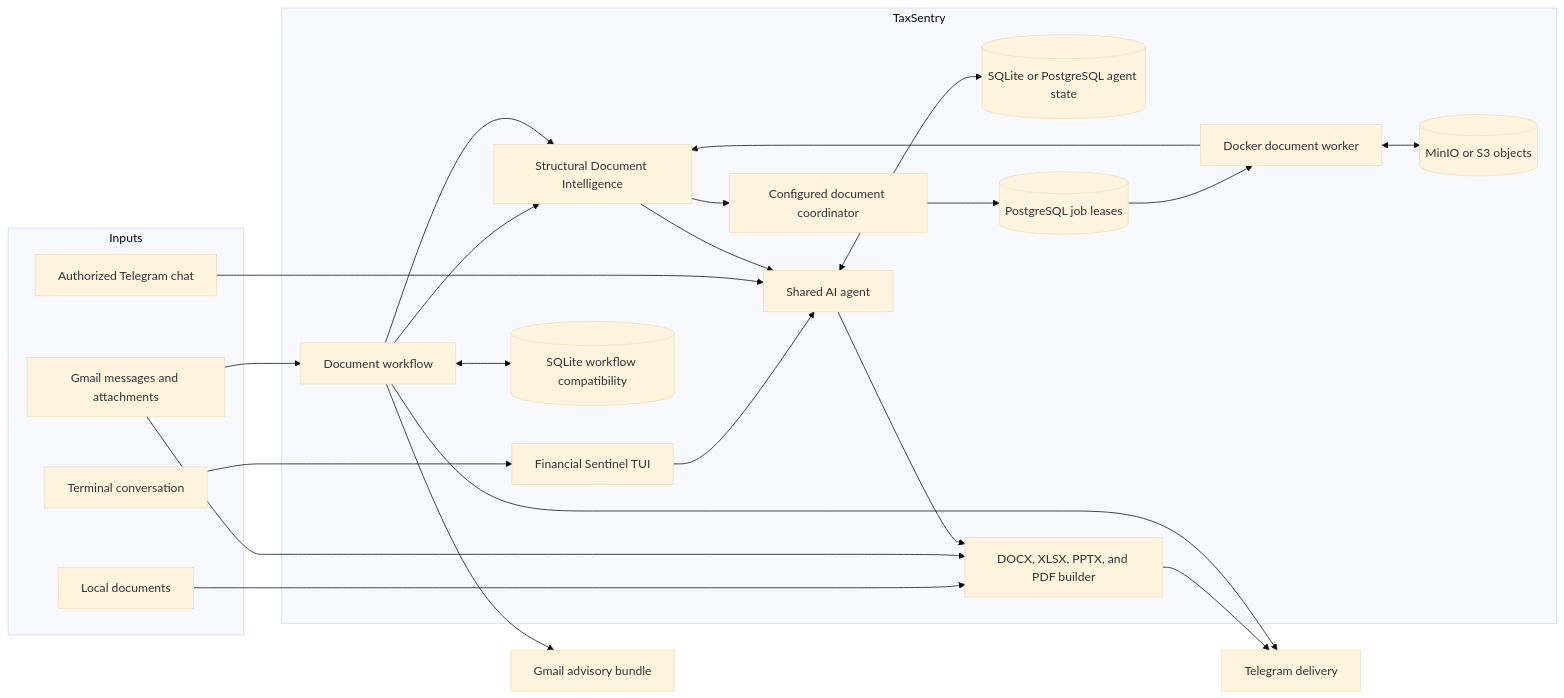
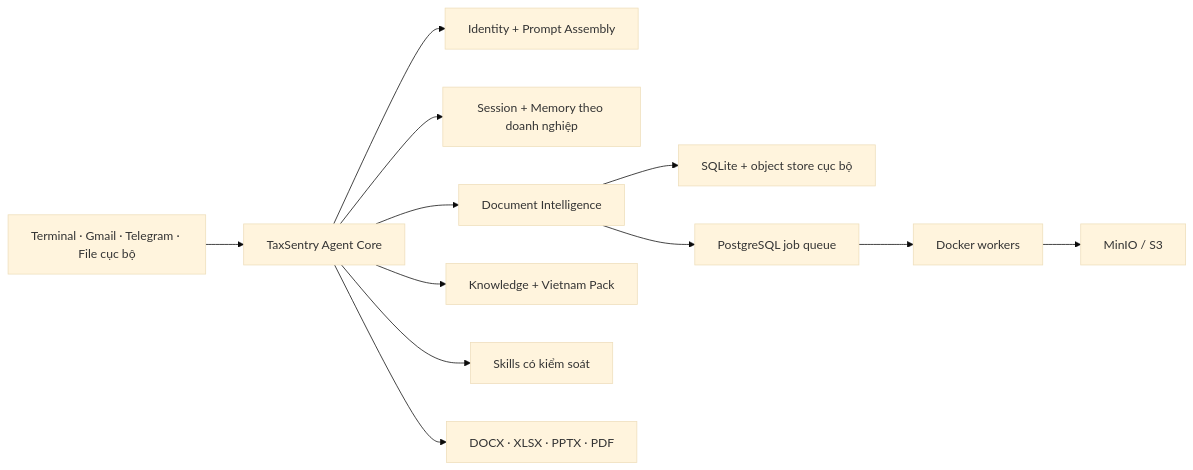
The first of 2 diagrams in npm/README.md (thienan230427/TaxSentry), drawn with Mermaid (base theme) before and after one commit. The commit also changed other lines of this file and 1 other file, not shown here.

Commit message:
docs: rewrite TaxSentry 3 usage guide

````diff
--- a/npm/README.md
+++ b/npm/README.md
@@ -31,39 +38,14 @@
 ```mermaid
 flowchart LR
-    subgraph Inputs
-        Terminal["Terminal conversation"]
-        Gmail["Gmail messages and attachments"]
-        Files["Local documents"]
-        TelegramIn["Authorized Telegram chat"]
-    end
-
-    subgraph TaxSentry
-        TUI["Financial Sentinel TUI"]
-        Agent["Shared AI agent"]
-        Workflow["Document workflow"]
-        Extract["Structural Document Intelligence"]
-        Store[("SQLite workflow compatibility")]
-        AgentStore[("SQLite or PostgreSQL agent state")]
-        Coordinator["Configured document coordinator"]
-        Queue[("PostgreSQL job leases")]
-        DistributedWorker["Docker document worker"]
-        Objects[("MinIO or S3 objects")]
-        Artifacts["DOCX, XLSX, PPTX, and PDF builder"]
-    end
-
-    Terminal --> TUI --> Agent
-    TelegramIn --> Agent
-    Agent <--> AgentStore
-    Gmail --> Workflow --> Extract --> Agent
-    Files --> Artifacts
-    Gmail --> Artifacts
-    Agent --> Artifacts
-    Workflow <--> Store
-    Workflow --> Extract
-    Extract --> Coordinator --> Queue --> DistributedWorker
-    DistributedWorker --> Extract
-    DistributedWorker <--> Objects
-    Artifacts --> TelegramOut["Telegram delivery"]
-    Workflow --> GmailOut["Gmail advisory bundle"]
-    Workflow --> TelegramOut
+    Inputs["Terminal · Gmail · Telegram · File cục bộ"] --> Core["TaxSentry Agent Core"]
+    Core --> Prompt["Identity + Prompt Assembly"]
+    Core --> Memory["Session + Memory theo doanh nghiệp"]
+    Core --> Docs["Document Intelligence"]
+    Core --> Knowledge["Knowledge + Vietnam Pack"]
+    Core --> Skills["Skills có kiểm soát"]
+    Core --> Artifacts["DOCX · XLSX · PPTX · PDF"]
+    Docs --> Local["SQLite + object store cục bộ"]
+    Docs --> Queue["PostgreSQL job queue"]
+    Queue --> Workers["Docker workers"]
+    Workers --> Objects["MinIO / S3"]
 ```
````
